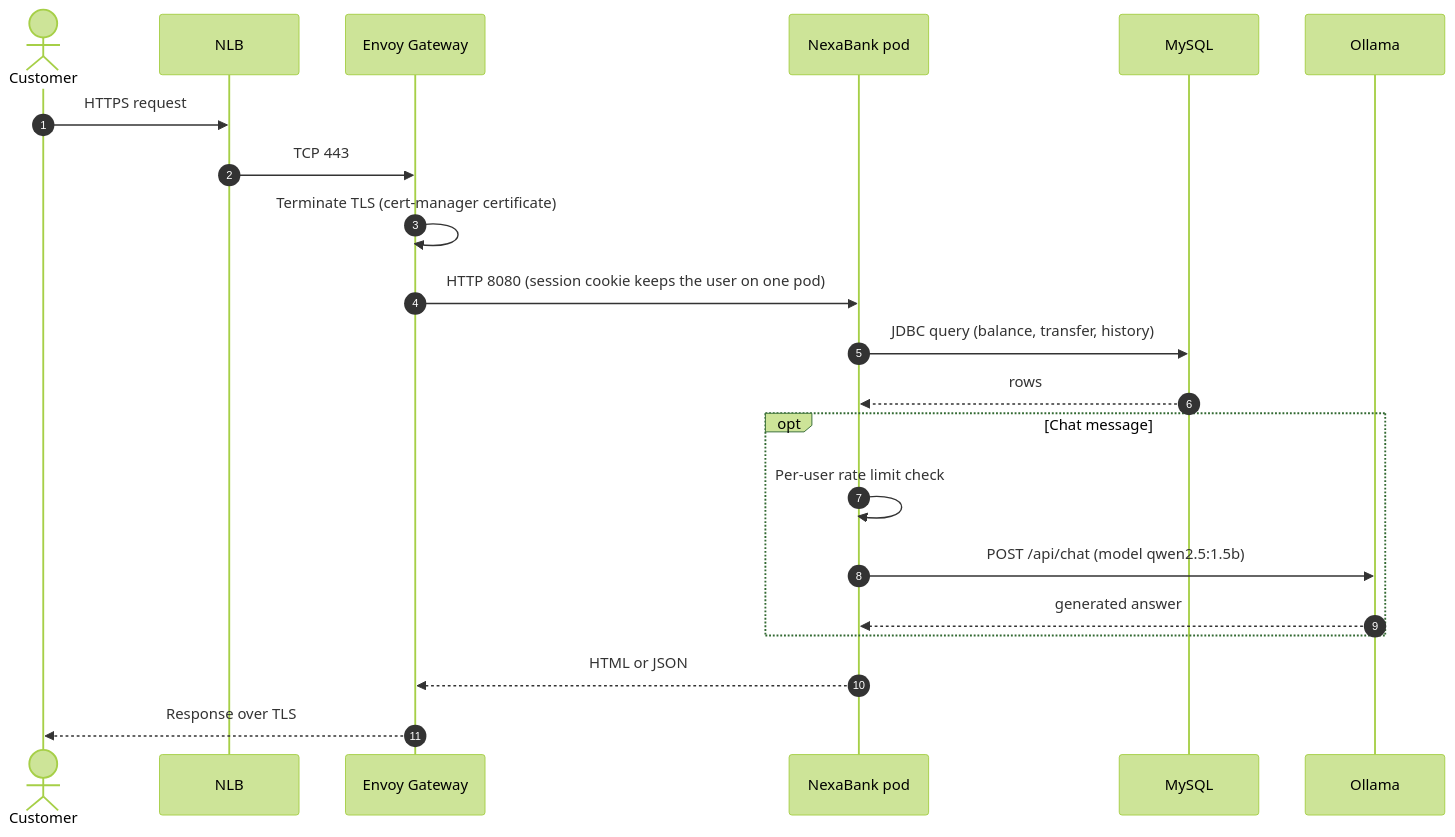
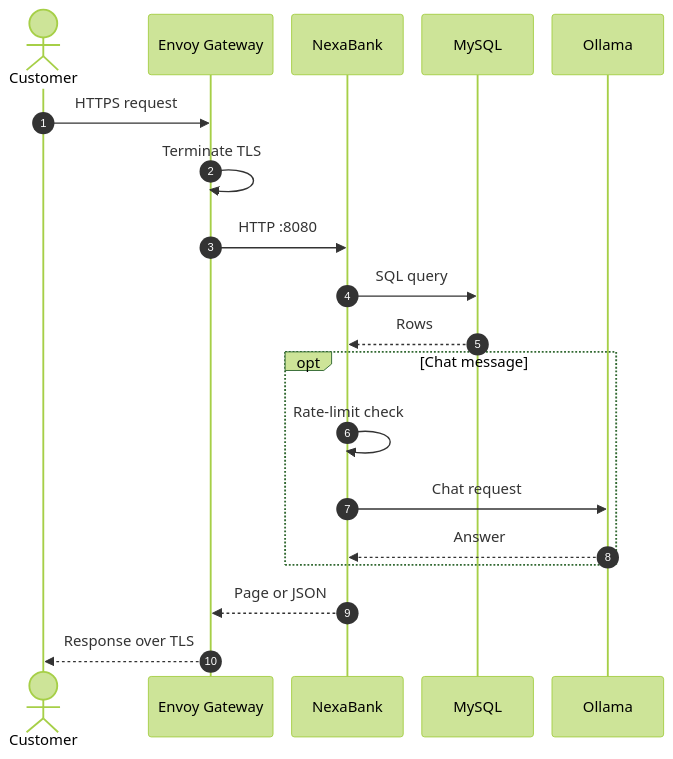
The third of 8 diagrams in README.md (shashankcodes-10/NexaBank), drawn with Mermaid (forest theme) before and after one commit. The commit also changed other lines of this file and 7 other files, not shown here.

Commit message:
docs: readable diagrams and application screenshots in the README

````diff
--- a/README.md
+++ b/README.md
@@ -142,24 +174,23 @@
 ```mermaid
+%%{init: {"sequence": {"width": 120, "actorMargin": 20, "messageMargin": 28, "boxMargin": 8}}}%%
 sequenceDiagram
     autonumber
     actor U as Customer
-    participant N as NLB
     participant E as Envoy Gateway
-    participant A as NexaBank pod
+    participant A as NexaBank
     participant D as MySQL
     participant O as Ollama
 
-    U->>N: HTTPS request
-    N->>E: TCP 443
-    E->>E: Terminate TLS (cert-manager certificate)
-    E->>A: HTTP 8080 (session cookie keeps the user on one pod)
-    A->>D: JDBC query (balance, transfer, history)
-    D-->>A: rows
+    U->>E: HTTPS request
+    E->>E: Terminate TLS
+    E->>A: HTTP :8080
+    A->>D: SQL query
+    D-->>A: Rows
     opt Chat message
-        A->>A: Per-user rate limit check
-        A->>O: POST /api/chat (model qwen2.5:1.5b)
-        O-->>A: generated answer
+        A->>A: Rate-limit check
+        A->>O: Chat request
+        O-->>A: Answer
     end
-    A-->>E: HTML or JSON
+    A-->>E: Page or JSON
     E-->>U: Response over TLS
 ```
````
